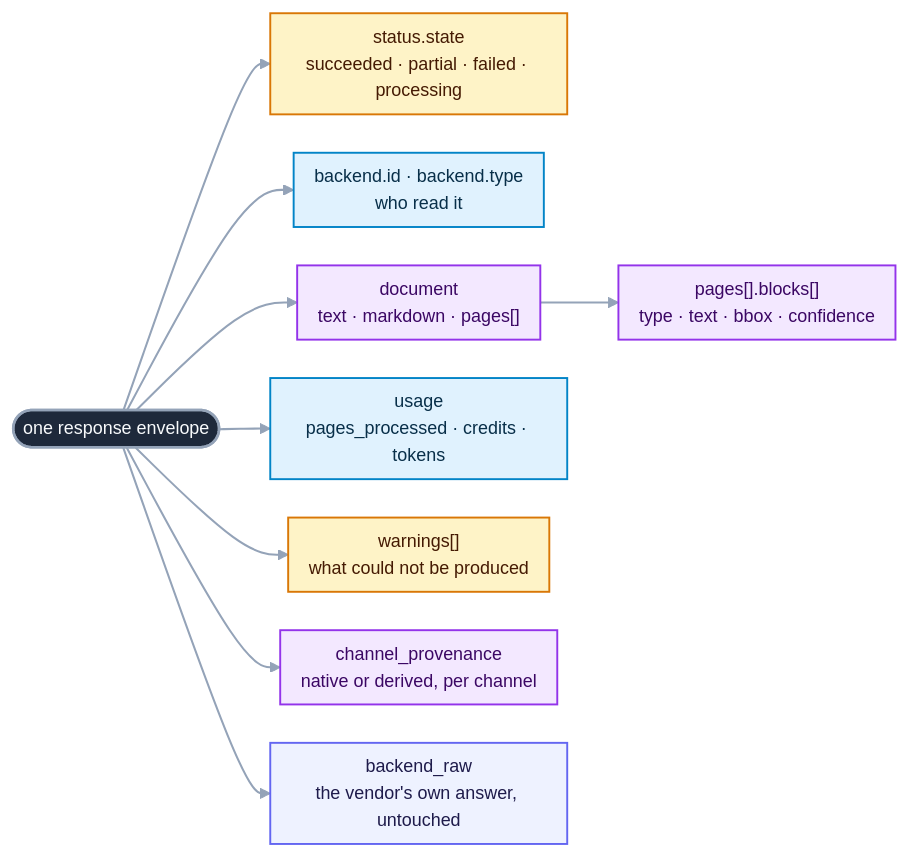
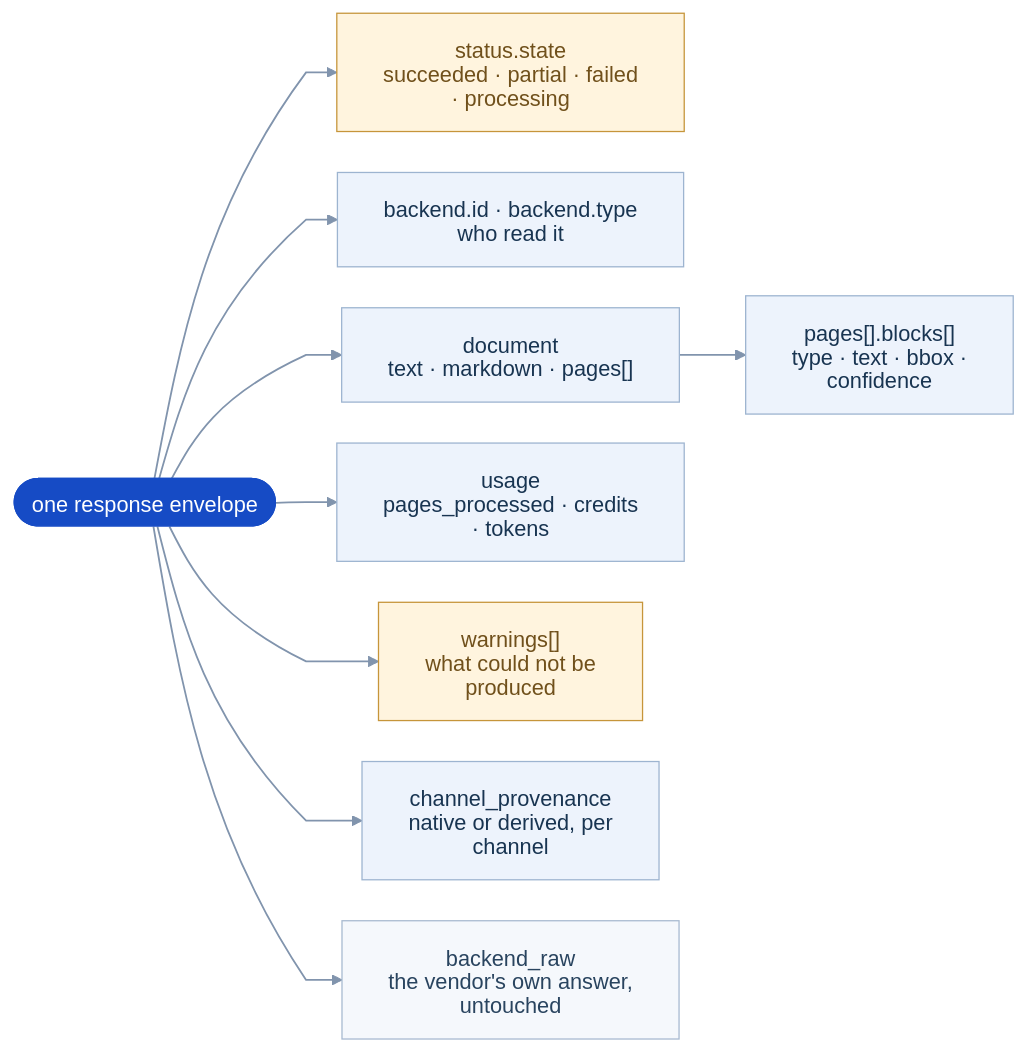
Before and after one commit to openreading-ai/openreading-core: the first of 3 diagrams in tutorial/README.md, drawn with Mermaid. The commit also changed other lines of this file and 32 other files, not shown here.

First line of the commit message:
docs: unify README diagrams and add tutorial website

````diff
--- a/tutorial/README.md
+++ b/tutorial/README.md
@@ -175,18 +181,21 @@
 ```mermaid
-%%{init: {"theme":"base","themeVariables":{"fontFamily":"ui-sans-serif, system-ui, -apple-system, Segoe UI, Roboto, sans-serif","fontSize":"14px","lineColor":"#94a3b8","textColor":"#334155","primaryTextColor":"#0f172a","edgeLabelBackground":"#eef2f7","clusterBkg":"#f8fafc","clusterBorder":"#cbd5e1","titleColor":"#334155"},"flowchart":{"curve":"basis","nodeSpacing":30,"rankSpacing":40,"padding":8,"useMaxWidth":true}}}%%
+%%{init: {"theme":"base","fontFamily":"Arial","deterministicIds":true,"deterministicIDSeed":"openreading","htmlLabels":false,"themeVariables":{"fontFamily":"Arial","fontSize":"17px","lineColor":"#8194ad","textColor":"#183451","primaryTextColor":"#183451","primaryColor":"#edf3fc","primaryBorderColor":"#9db4d0","edgeLabelBackground":"#ffffff","clusterBkg":"#f5f8fc","clusterBorder":"#d7e1ee","titleColor":"#183451","actorBkg":"#edf3fc","actorBorder":"#9db4d0","actorTextColor":"#183451","actorLineColor":"#9db4d0","signalColor":"#527095","signalTextColor":"#183451","labelBoxBkgColor":"#fff4de","labelBoxBorderColor":"#c6953a","labelTextColor":"#70501b","loopTextColor":"#527095","noteBkgColor":"#edf3fc","noteBorderColor":"#9db4d0","noteTextColor":"#183451","sequenceNumberColor":"#ffffff","activationBkgColor":"#e7f3ee","activationBorderColor":"#679780"},"flowchart":{"curve":"monotoneY","nodeSpacing":32,"rankSpacing":48,"padding":18,"useMaxWidth":true},"sequence":{"useMaxWidth":true,"actorMargin":65,"messageMargin":38,"mirrorActors":false}}}%%
 flowchart LR
   E(["one response envelope"]):::hero --> A["status.state<br>succeeded · partial · failed · processing"]:::gate
   E --> B["backend.id · backend.type<br>who read it"]:::work
   E --> C["document<br>text · markdown · pages[]"]:::out
   E --> D["usage<br>pages_processed · credits · tokens"]:::work
   E --> F["warnings[]<br>what could not be produced"]:::gate
   E --> G["channel_provenance<br>native or derived, per channel"]:::out
   E --> H["backend_raw<br>the vendor's own answer, untouched"]:::src
   C --> C1["pages[].blocks[]<br>type · text · bbox · confidence"]:::out
-  classDef src fill:#eef2ff,stroke:#6366f1,stroke-width:1.5px,color:#1e1b4b;
-  classDef work fill:#e0f2fe,stroke:#0284c7,stroke-width:1.5px,color:#082f49;
-  classDef gate fill:#fef3c7,stroke:#d97706,stroke-width:1.5px,color:#451a03;
-  classDef out fill:#f3e8ff,stroke:#9333ea,stroke-width:1.5px,color:#3b0764;
-  classDef hero fill:#1e293b,stroke:#94a3b8,stroke-width:2px,color:#f8fafc;
-  linkStyle default stroke-width:1.6px;
+  classDef src fill:#f5f8fc,stroke:#a7b9d0,stroke-width:1px,color:#29445f;
+  classDef work fill:#edf3fc,stroke:#9db4d0,stroke-width:1px,color:#183451;
+  classDef gate fill:#fff4de,stroke:#c6953a,stroke-width:1px,color:#70501b;
+  classDef good fill:#e7f3ee,stroke:#679780,stroke-width:1px,color:#245740;
+  classDef bad fill:#fbeeee,stroke:#c78686,stroke-width:1px,color:#803d3d;
+  classDef store fill:#e7f3ee,stroke:#679780,stroke-width:1px,color:#245740;
+  classDef out fill:#edf3fc,stroke:#9db4d0,stroke-width:1px,color:#183451;
+  classDef hero fill:#164bc5,stroke:#164bc5,stroke-width:1px,color:#ffffff;
+  linkStyle default stroke-width:1.4px;
 ```
````
